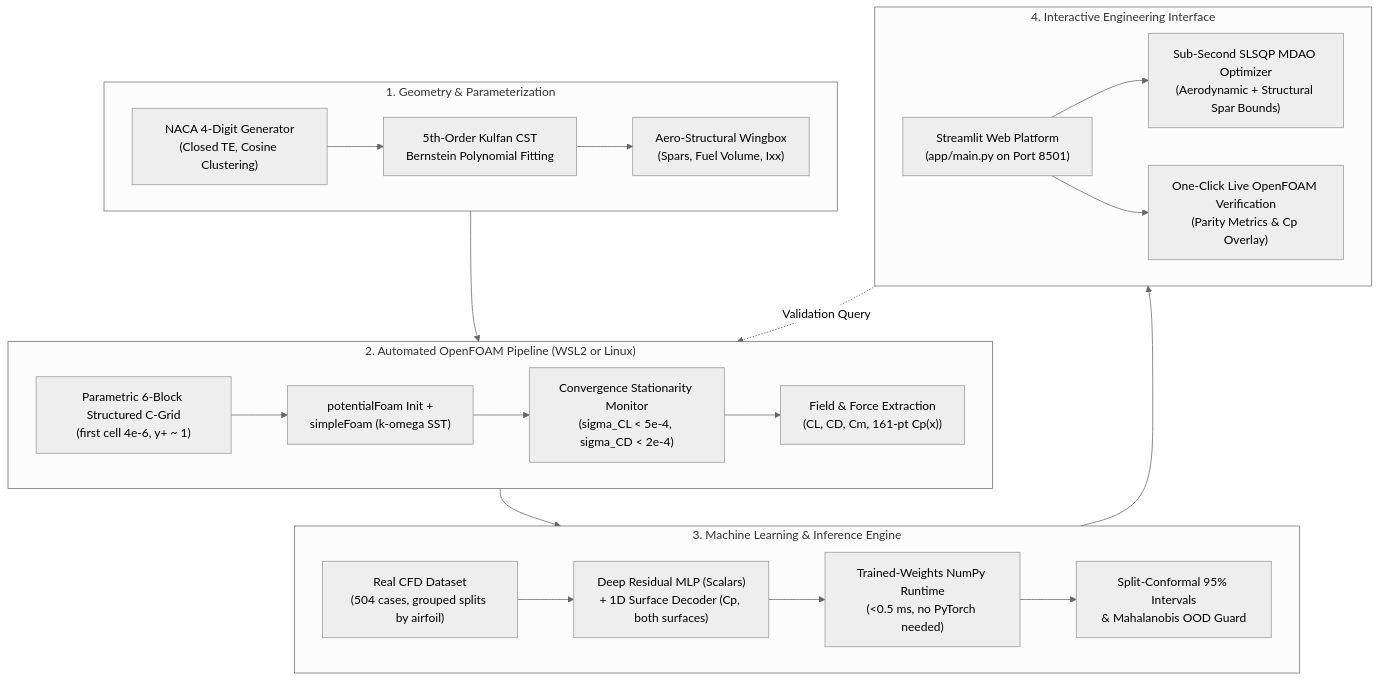
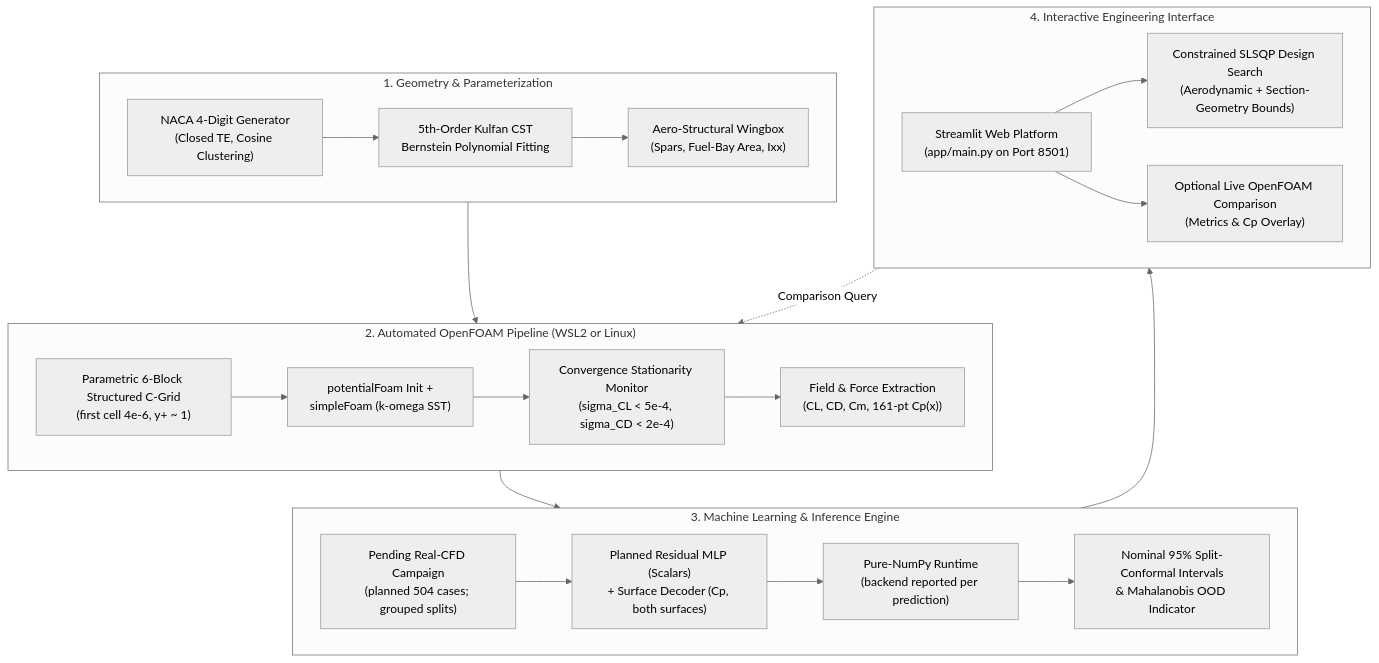
Before and after one commit to BLACKNIGHT-cloud12/NeuroFoil-Core: the diagram in README.md, drawn with Mermaid (neutral theme). The commit also changed other lines of this file and 29 other files, not shown here.

````diff
--- a/README.md
+++ b/README.md
@@ -24,30 +34,30 @@
 ```mermaid
 flowchart TD
     subgraph Geometry["1. Geometry & Parameterization"]
         A["NACA 4-Digit Generator\n(Closed TE, Cosine Clustering)"] --> B["5th-Order Kulfan CST\nBernstein Polynomial Fitting"]
-        B --> C["Aero-Structural Wingbox\n(Spars, Fuel Volume, Ixx)"]
+        B --> C["Aero-Structural Wingbox\n(Spars, Fuel-Bay Area, Ixx)"]
     end
 
     subgraph CFD["2. Automated OpenFOAM Pipeline (WSL2 or Linux)"]
         D["Parametric 6-Block Structured C-Grid\n(first cell 4e-6, y+ ~ 1)"] --> E["potentialFoam Init +\nsimpleFoam (k-omega SST)"]
         E --> F["Convergence Stationarity Monitor\n(sigma_CL < 5e-4, sigma_CD < 2e-4)"]
         F --> G["Field & Force Extraction\n(CL, CD, Cm, 161-pt Cp(x))"]
     end
 
     subgraph SciML["3. Machine Learning & Inference Engine"]
-        H["Real CFD Dataset\n(504 cases, grouped splits by airfoil)"] --> I["Deep Residual MLP (Scalars)\n+ 1D Surface Decoder (Cp, both surfaces)"]
-        I --> J["Trained-Weights NumPy Runtime\n(<0.5 ms, no PyTorch needed)"]
-        J --> K["Split-Conformal 95% Intervals\n& Mahalanobis OOD Guard"]
+        H["Pending Real-CFD Campaign\n(planned 504 cases; grouped splits)"] --> I["Planned Residual MLP (Scalars)\n+ Surface Decoder (Cp, both surfaces)"]
+        I --> J["Pure-NumPy Runtime\n(backend reported per prediction)"]
+        J --> K["Nominal 95% Split-Conformal Intervals\n& Mahalanobis OOD Indicator"]
     end
 
     subgraph Application["4. Interactive Engineering Interface"]
         L["Streamlit Web Platform\n(app/main.py on Port 8501)"]
-        L --> M["Sub-Second SLSQP MDAO Optimizer\n(Aerodynamic + Structural Spar Bounds)"]
-        L --> N["One-Click Live OpenFOAM Verification\n(Parity Metrics & Cp Overlay)"]
+        L --> M["Constrained SLSQP Design Search\n(Aerodynamic + Section-Geometry Bounds)"]
+        L --> N["Optional Live OpenFOAM Comparison\n(Metrics & Cp Overlay)"]
     end
 
     Geometry --> CFD
     CFD --> SciML
     SciML --> Application
-    Application -.->|Validation Query| CFD
+    Application -.->|Comparison Query| CFD
 ```
````
